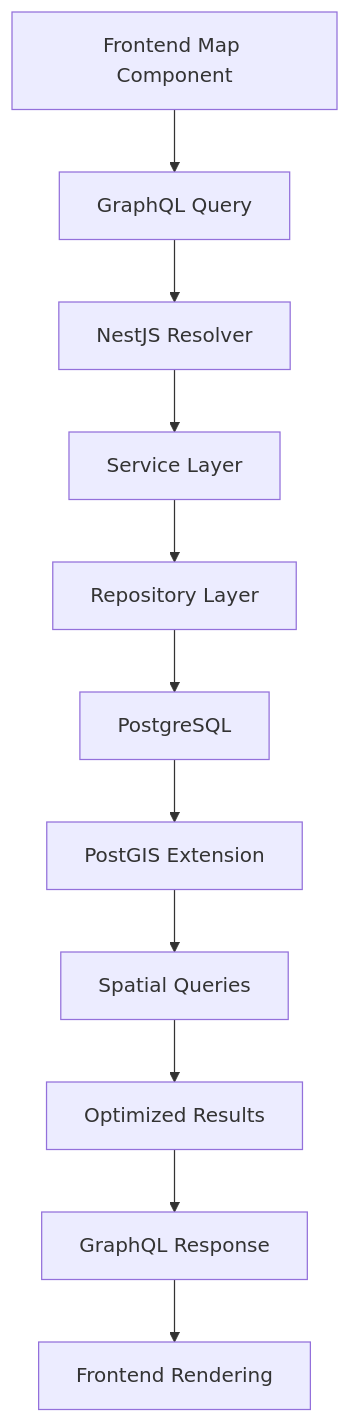
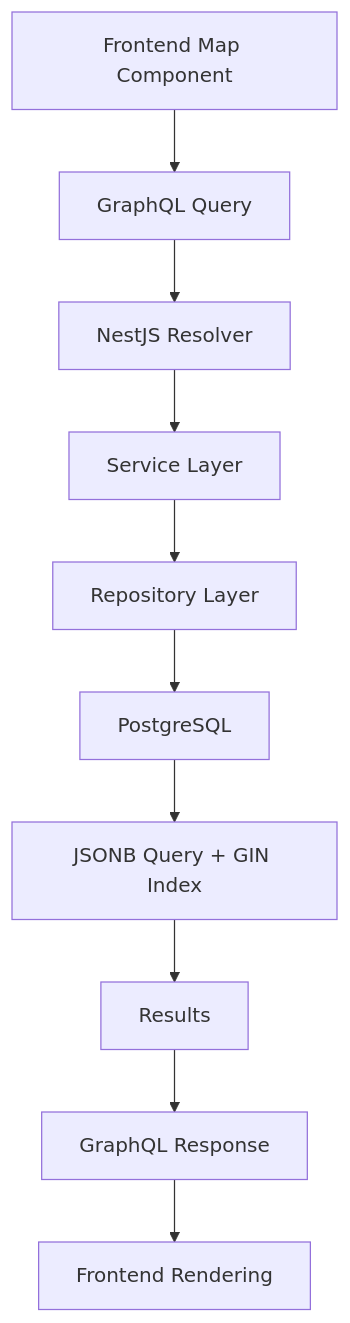
The first of 2 diagrams in docs/architecture/data-architecture.md (kmryst/terraform-hannibal), drawn with Mermaid before and after one commit. The commit also changed other lines of this file and 2 other files, not shown here.

Commit message:
docs(adr): RDS PostgreSQL + JSONB 採用と Aurora/PostGIS スコープ外を記録する
ADR 0016 を追加し、素の RDS PostgreSQL + JSONB を採用した判断と、
Aurora / PostGIS を本プロジェクトの規模ではスコープ外として採用しない
判断を right-sizing として記録する。あわせて data-architecture.md の
データフロー図が PostGIS / Spatial Queries を live として描いていた矛盾を
JSONB + GIN index の実装に合わせて解消する。

Refs #303

````diff
--- a/docs/architecture/data-architecture.md
+++ b/docs/architecture/data-architecture.md
@@ -149,14 +149,13 @@
 ```mermaid
 graph TD
     A[Frontend Map Component] --> B[GraphQL Query]
     B --> C[NestJS Resolver]
     C --> D[Service Layer]
     D --> E[Repository Layer]
     E --> F[PostgreSQL]
     
-    F --> G[PostGIS Extension]
-    G --> H[Spatial Queries]
-    H --> I[Optimized Results]
+    F --> G[JSONB Query + GIN Index]
+    G --> I[Results]
     I --> J[GraphQL Response]
     J --> K[Frontend Rendering]
 ```
````
